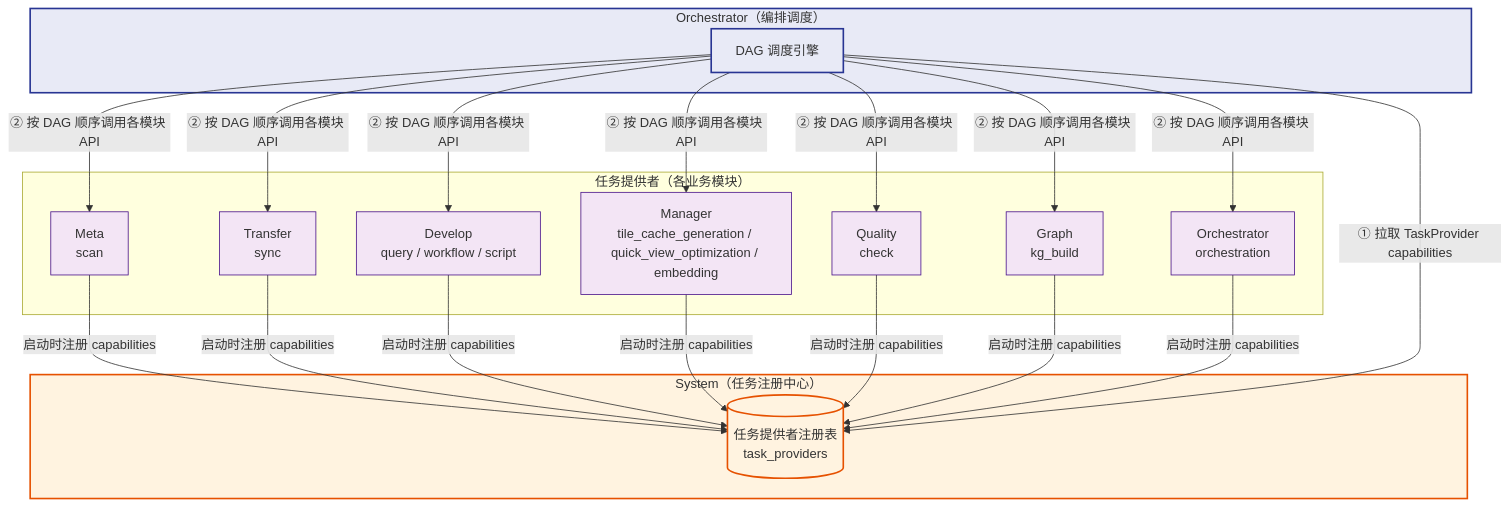
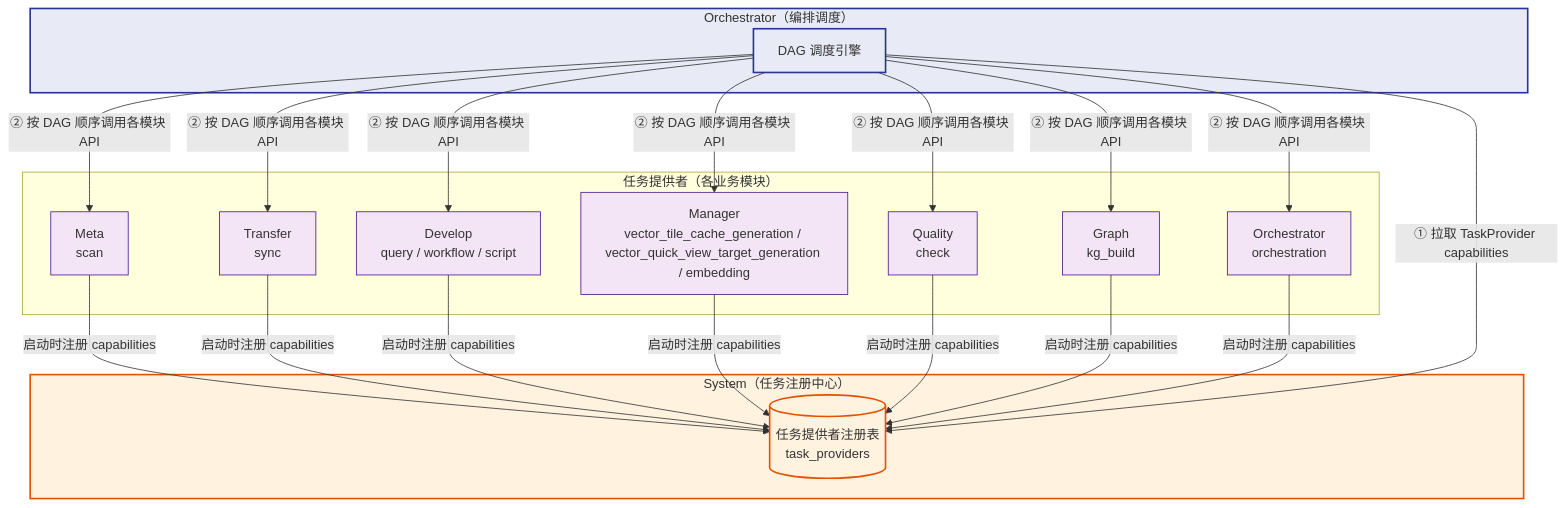
Before and after one commit to pampa0629/addp: diagram 11 of 12 in docs/concepts/addp模块架构图.md, drawn with Mermaid. The commit also changed other lines of this file and 78 other files, not shown here.

````diff
--- a/docs/concepts/addp模块架构图.md
+++ b/docs/concepts/addp模块架构图.md
@@ -728,44 +728,44 @@
 ```mermaid
 graph TB
     subgraph System["System（任务注册中心）"]
         TaskRegistry[(任务提供者注册表<br/>task_providers)]
     end
 
     subgraph Providers["任务提供者（各业务模块）"]
         MetaT["Meta<br/>scan"]
         TransferT["Transfer<br/>sync"]
         DevelopT["Develop<br/>query / workflow / script"]
-        ManagerT["Manager<br/>tile_cache_generation / quick_view_optimization / embedding"]
+        ManagerT["Manager<br/>vector_tile_cache_generation / vector_quick_view_target_generation / embedding"]
         QualityT["Quality<br/>check"]
         GraphT["Graph<br/>kg_build"]
         OrchestratorT["Orchestrator<br/>orchestration"]
 
         MetaT   -->|"启动时注册 capabilities"| TaskRegistry
         TransferT -->|"启动时注册 capabilities"| TaskRegistry
         DevelopT -->|"启动时注册 capabilities"| TaskRegistry
         ManagerT -->|"启动时注册 capabilities"| TaskRegistry
         QualityT -->|"启动时注册 capabilities"| TaskRegistry
         GraphT -->|"启动时注册 capabilities"| TaskRegistry
         OrchestratorT -->|"启动时注册 capabilities"| TaskRegistry
     end
 
     subgraph Orchestrator["Orchestrator（编排调度）"]
         DAGEngine["DAG 调度引擎"]
         DAGEngine -->|"① 拉取 TaskProvider capabilities"| TaskRegistry
         DAGEngine -->|"② 按 DAG 顺序调用各模块 API"| MetaT
         DAGEngine -->|"② 按 DAG 顺序调用各模块 API"| TransferT
         DAGEngine -->|"② 按 DAG 顺序调用各模块 API"| DevelopT
         DAGEngine -->|"② 按 DAG 顺序调用各模块 API"| ManagerT
         DAGEngine -->|"② 按 DAG 顺序调用各模块 API"| QualityT
         DAGEngine -->|"② 按 DAG 顺序调用各模块 API"| GraphT
         DAGEngine -->|"② 按 DAG 顺序调用各模块 API"| OrchestratorT
     end
 
     classDef system fill:#fff3e0,stroke:#e65100,stroke-width:2px
     classDef provider fill:#f3e5f5,stroke:#4a148c
     classDef orch fill:#e8eaf6,stroke:#283593,stroke-width:2px
 
     class System,TaskRegistry system
     class MetaT,TransferT,DevelopT,ManagerT,QualityT,GraphT,OrchestratorT provider
     class Orchestrator,DAGEngine orch
 ```
````
